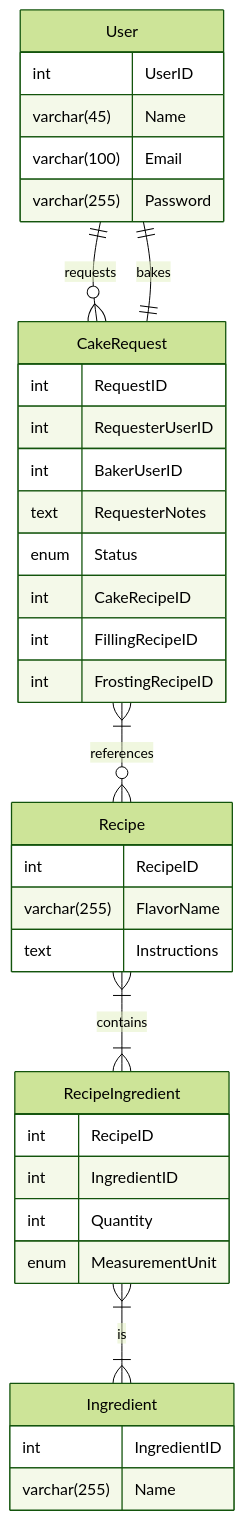
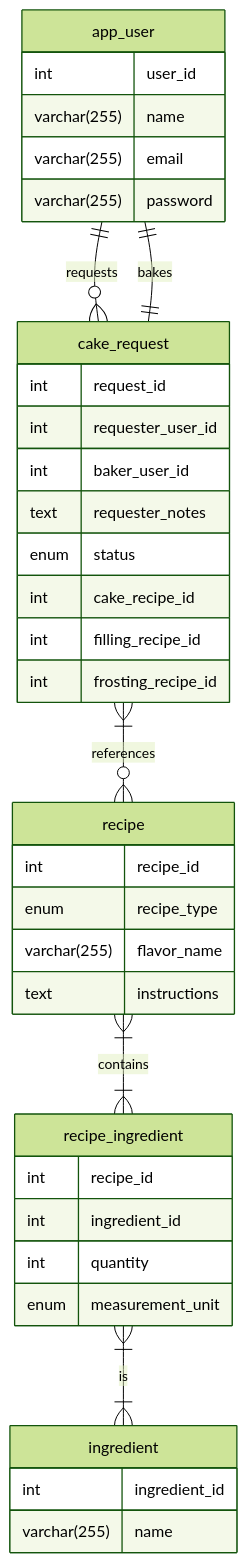
Before and after one commit to shoshannaTM/CakeQuest.springboot: the second of 2 diagrams in README.md, drawn with Mermaid (forest theme).

````diff
--- a/README.md
+++ b/README.md
@@ -42,41 +42,42 @@
 ```mermaid
 erDiagram
-    User {
-        int UserID
-        varchar(45) Name
-        varchar(100) Email
-        varchar(255) Password
+    app_user {
+        int user_id
+        varchar(255) name
+        varchar(255) email
+        varchar(255) password
     }
-    CakeRequest {
-        int RequestID
-        int RequesterUserID
-        int BakerUserID
-        text RequesterNotes
-        enum Status
-        int CakeRecipeID
-        int FillingRecipeID
-        int FrostingRecipeID
+    cake_request {
+        int request_id
+        int requester_user_id
+        int baker_user_id
+        text requester_notes
+        enum status
+        int cake_recipe_id
+        int filling_recipe_id
+        int frosting_recipe_id
     }
-    Recipe {
-        int RecipeID
-        varchar(255) FlavorName
-        text Instructions
+    recipe {
+        int recipe_id
+        enum recipe_type
+        varchar(255) flavor_name
+        text instructions
     }
-    RecipeIngredient {
-        int RecipeID
-        int IngredientID
-        int Quantity
-        enum MeasurementUnit
+    recipe_ingredient {
+        int recipe_id
+        int ingredient_id
+        int quantity
+        enum measurement_unit
     }
-    Ingredient {
-        int IngredientID
-        varchar(255) Name
+    ingredient {
+        int ingredient_id
+        varchar(255) name
     }
  
 
-    User ||--o{ CakeRequest : requests
-    CakeRequest ||--|| User : bakes
-    CakeRequest }|--o{ Recipe : references
-    Recipe }|--|{ RecipeIngredient : contains
-    RecipeIngredient }|--|{ Ingredient : is
+    app_user ||--o{ cake_request : requests
+    cake_request ||--|| app_user : bakes
+    cake_request }|--o{ recipe : references
+    recipe }|--|{ recipe_ingredient : contains
+    recipe_ingredient }|--|{ ingredient : is
 ```
````
